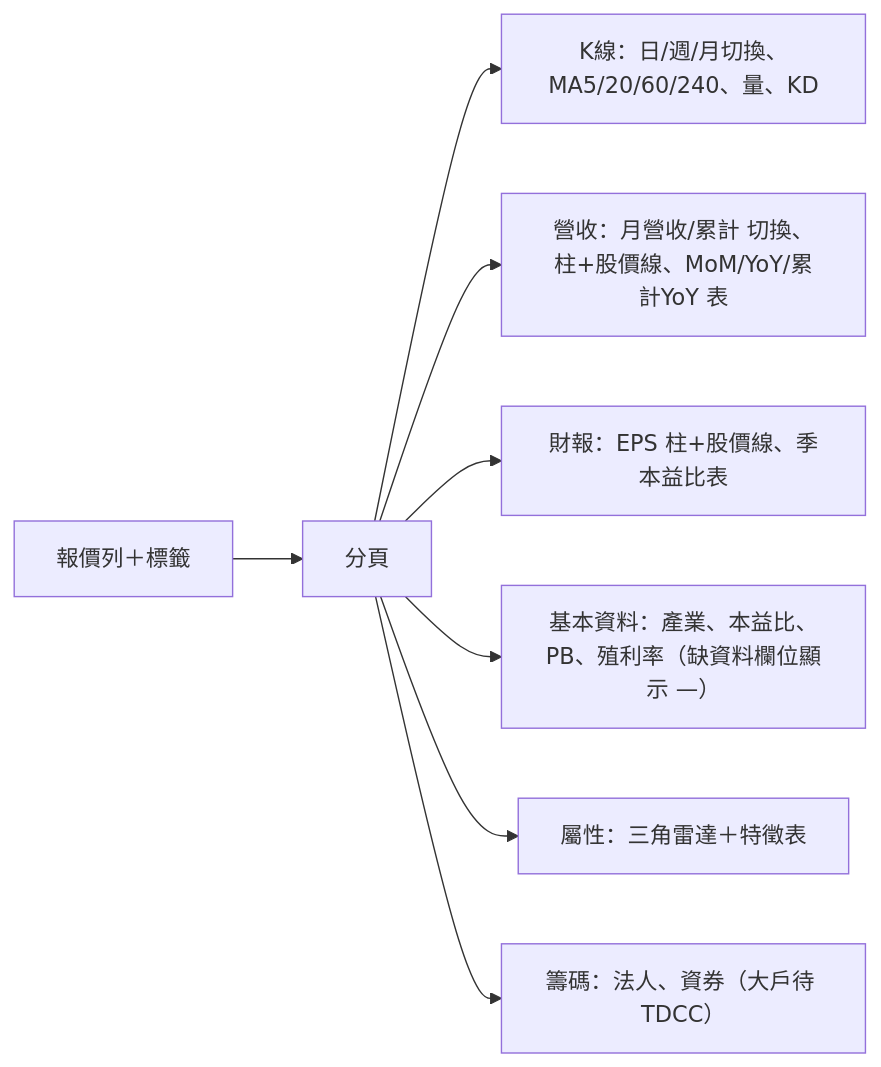
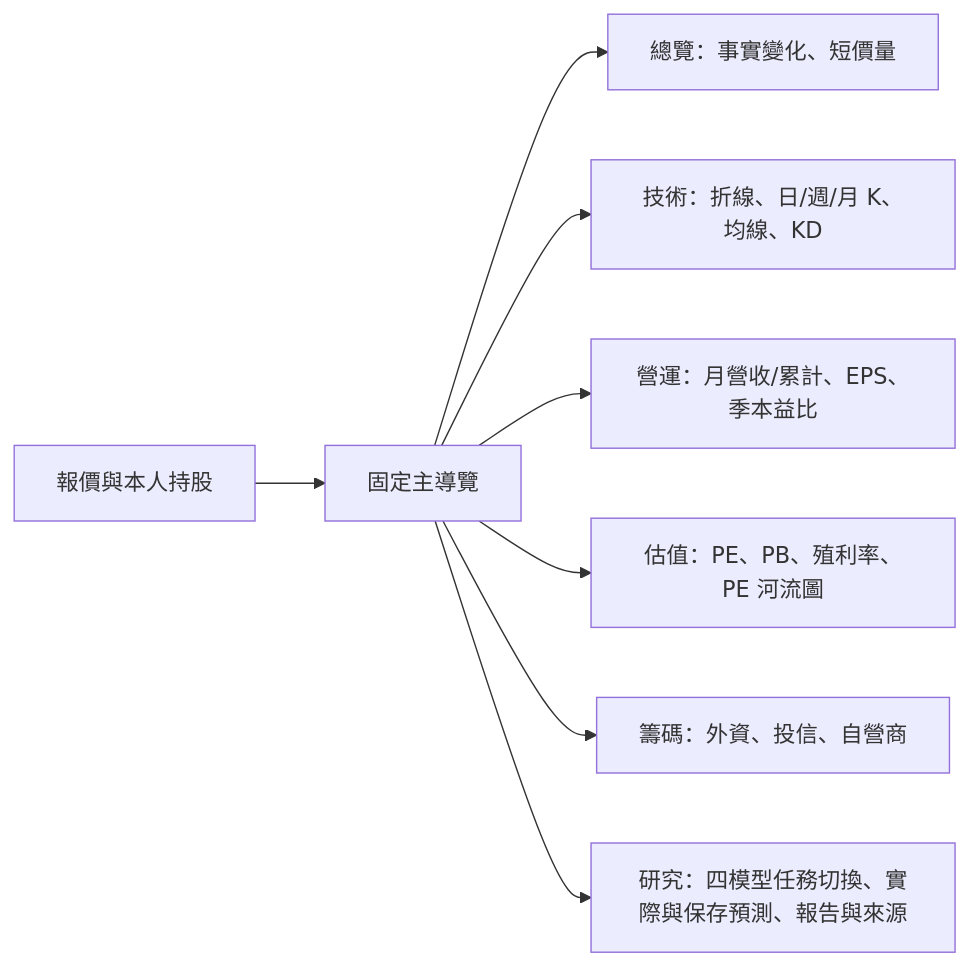
Before and after one commit to tommylin15/janus-omniforge: the diagram in doc/ui/stock-detail-charts-v2.md, drawn with Mermaid. The commit also changed other lines of this file and 17 other files, not shown here.

````diff
--- a/doc/ui/stock-detail-charts-v2.md
+++ b/doc/ui/stock-detail-charts-v2.md
@@ -61,10 +84,10 @@
 ```mermaid
 flowchart LR
-  H["報價列＋標籤"] --> T["分頁"]
-  T --> K["K線：日/週/月切換、MA5/20/60/240、量、KD"]
-  T --> R["營收：月營收/累計 切換、柱+股價線、MoM/YoY/累計YoY 表"]
-  T --> E["財報：EPS 柱+股價線、季本益比表"]
-  T --> B["基本資料：產業、本益比、PB、殖利率（缺資料欄位顯示 —）"]
-  T --> P["屬性：三角雷達＋特徵表"]
-  T --> C["籌碼：法人、資券（大戶待 TDCC）"]
+  H["報價與本人持股"] --> T["固定主導覽"]
+  T --> O["總覽：事實變化、短價量"]
+  T --> K["技術：折線、日/週/月 K、均線、KD"]
+  T --> R["營運：月營收/累計、EPS、季本益比"]
+  T --> V["估值：PE、PB、殖利率、PE 河流圖"]
+  T --> C["籌碼：外資、投信、自營商"]
+  T --> M["研究：四模型任務切換、實際與保存預測、報告與來源"]
 ```
````
